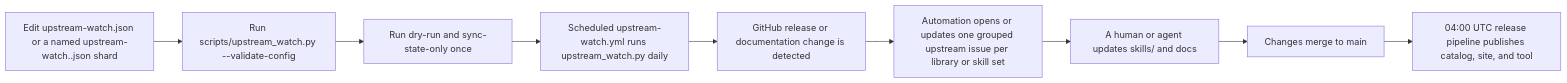
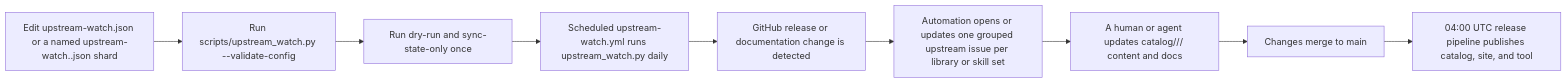
The second of 2 diagrams in README.md (managedcode/dotnet-skills), drawn with Mermaid before and after one commit. The commit also changed other lines of this file and 689 other files, not shown here.

Commit message:
skills catalog

````diff
--- a/README.md
+++ b/README.md
@@ -374,11 +453,11 @@
 ```mermaid
 flowchart LR
   A["Edit upstream-watch.json or a named upstream-watch.<domain>.json shard"] --> B["Run scripts/upstream_watch.py --validate-config"]
   B --> C["Run dry-run and sync-state-only once"]
   C --> D["Scheduled upstream-watch.yml runs upstream_watch.py daily"]
   D --> E["GitHub release or documentation change is detected"]
   E --> F["Automation opens or updates one grouped upstream issue per library or skill set"]
-  F --> G["A human or agent updates skills/ and docs"]
+  F --> G["A human or agent updates catalog/<type>/<package>/ content and docs"]
   G --> H["Changes merge to main"]
   H --> I["04:00 UTC release pipeline publishes catalog, site, and tool"]
 ```
````
